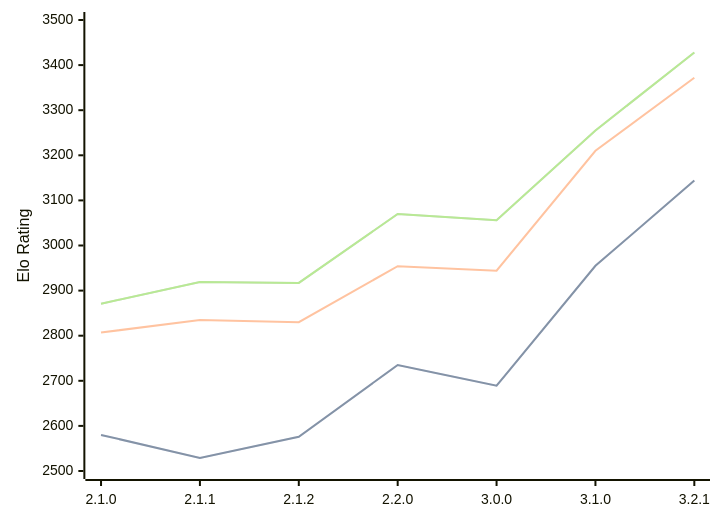
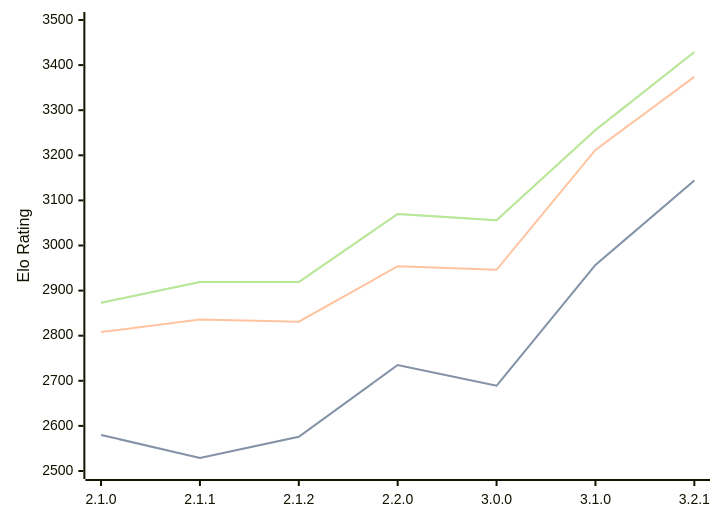
Before and after one commit to computer-chess-index/cci: the diagram in engines/Prune.md, drawn with Mermaid. The commit also changed other lines of this file, not shown here.

Commit message:
Update CCI Ratings (ELO VLTC) - 2026-05-12

````diff
--- a/engines/Prune.md
+++ b/engines/Prune.md
@@ -42,11 +42,11 @@
 ```mermaid
 %%{init: {"theme":"base","themeVariables":{"seriesColors:['#a3a3a3','#222221','#faa371']}}}%%
 xychart-beta
   x-axis ["2.1.0", "2.1.1", "2.1.2", "2.2.0", "3.0.0", "3.1.0", "3.2.1"]
   y-axis "Elo Rating" 2500 --> 3500
-  line "STC (8.0+0.08s)" [2580, 2529, 2576, 2735, 2689, 2955, 3144]
-  line "STC (8.0+0.08s)" [2580, 2529, 2576, 2735, 2689, 2955, 3144]
-  line "LTC (60.0+0.60s)" [2807, 2835, 2830, 2954, 2944, 3210, 3372]
-  line "VLTC (2m24s+1.12s)" [2871, 2919, 2917, 3070, 3056, 3255, 3428]
-  line "VLTC (2m24s+1.12s)" [2871, 2919, 2917, 3070, 3056, 3255, 3428]
+  line "STC (8.0+0.08s)" [2580, 2529, 2576, 2735, 2689, 2957, 3144]
+  line "STC (8.0+0.08s)" [2580, 2529, 2576, 2735, 2689, 2957, 3144]
+  line "LTC (60.0+0.60s)" [2808, 2836, 2831, 2954, 2946, 3212, 3374]
+  line "VLTC (2m24s+1.12s)" [2873, 2919, 2919, 3070, 3056, 3256, 3429]
+  line "VLTC (2m24s+1.12s)" [2873, 2919, 2919, 3070, 3056, 3256, 3429]
 ```
````
